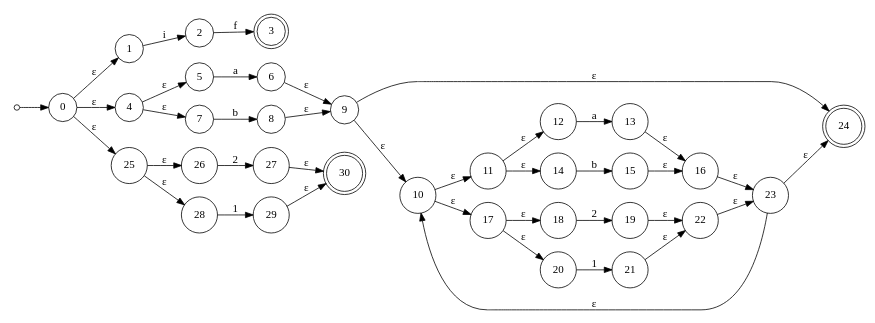
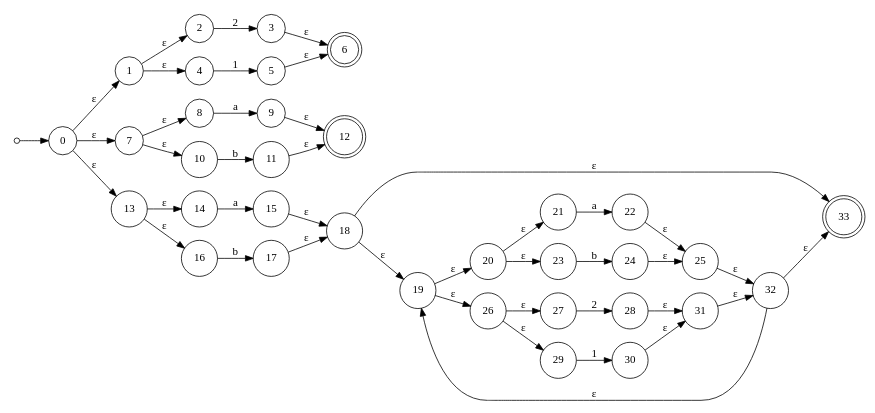
Before and after one commit to EstebanAG1005/LaboratorioC-Lenguajes: the diagram in mega_automaton.gv, drawn with Graphviz. The commit also changed 12 other files, not shown here.

```diff
--- a/mega_automaton.gv
+++ b/mega_automaton.gv
@@ -1,47 +1,51 @@
 digraph {
 	rankdir=LR size="8,5"
 	node [shape=doublecircle]
-	24
-	3
-	30
+	33
+	12
+	6
 	node [shape=circle]
 	start [label="" height=0.1 width=0.1]
 	start -> 0 [label=""]
-	1 -> 2 [label=i]
-	2 -> 3 [label=f]
+	1 -> 2 [label="ε"]
+	1 -> 4 [label="ε"]
+	2 -> 3 [label=2]
+	4 -> 5 [label=1]
+	3 -> 6 [label="ε"]
+	5 -> 6 [label="ε"]
 	0 -> 1 [label="ε"]
-	4 -> 5 [label="ε"]
-	4 -> 7 [label="ε"]
-	5 -> 6 [label=a]
-	7 -> 8 [label=b]
-	6 -> 9 [label="ε"]
-	8 -> 9 [label="ε"]
-	9 -> 10 [label="ε"]
-	9 -> 24 [label="ε"]
-	10 -> 11 [label="ε"]
-	10 -> 17 [label="ε"]
+	7 -> 8 [label="ε"]
+	7 -> 10 [label="ε"]
+	8 -> 9 [label=a]
+	10 -> 11 [label=b]
+	9 -> 12 [label="ε"]
 	11 -> 12 [label="ε"]
-	11 -> 14 [label="ε"]
-	12 -> 13 [label=a]
-	14 -> 15 [label=b]
+	0 -> 7 [label="ε"]
+	13 -> 14 [label="ε"]
 	13 -> 16 [label="ε"]
-	15 -> 16 [label="ε"]
+	14 -> 15 [label=a]
+	16 -> 17 [label=b]
+	15 -> 18 [label="ε"]
 	17 -> 18 [label="ε"]
-	17 -> 20 [label="ε"]
-	18 -> 19 [label=2]
-	20 -> 21 [label=1]
-	19 -> 22 [label="ε"]
-	21 -> 22 [label="ε"]
-	16 -> 23 [label="ε"]
-	22 -> 23 [label="ε"]
-	23 -> 10 [label="ε"]
-	23 -> 24 [label="ε"]
-	0 -> 4 [label="ε"]
-	25 -> 26 [label="ε"]
-	25 -> 28 [label="ε"]
-	26 -> 27 [label=2]
-	28 -> 29 [label=1]
-	27 -> 30 [label="ε"]
-	29 -> 30 [label="ε"]
-	0 -> 25 [label="ε"]
+	18 -> 19 [label="ε"]
+	18 -> 33 [label="ε"]
+	19 -> 20 [label="ε"]
+	19 -> 26 [label="ε"]
+	20 -> 21 [label="ε"]
+	20 -> 23 [label="ε"]
+	21 -> 22 [label=a]
+	23 -> 24 [label=b]
+	22 -> 25 [label="ε"]
+	24 -> 25 [label="ε"]
+	26 -> 27 [label="ε"]
+	26 -> 29 [label="ε"]
+	27 -> 28 [label=2]
+	29 -> 30 [label=1]
+	28 -> 31 [label="ε"]
+	30 -> 31 [label="ε"]
+	25 -> 32 [label="ε"]
+	31 -> 32 [label="ε"]
+	32 -> 19 [label="ε"]
+	32 -> 33 [label="ε"]
+	0 -> 13 [label="ε"]
 }
```
